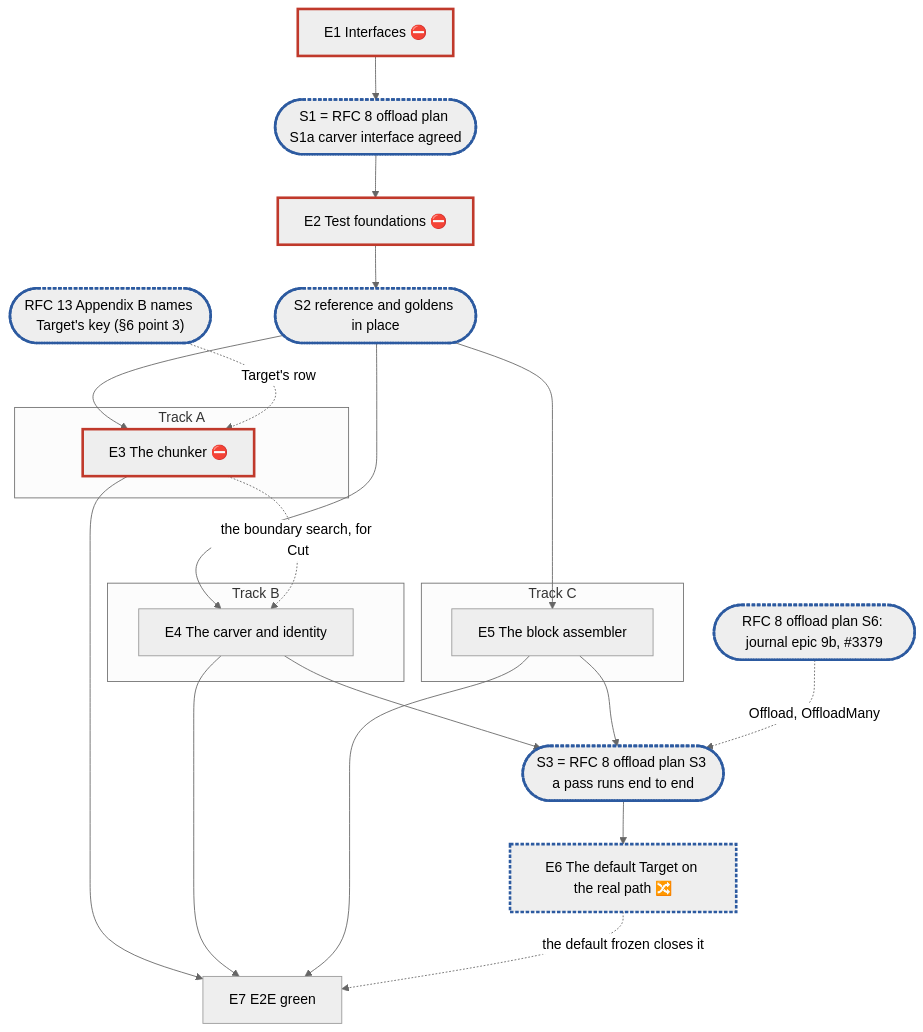
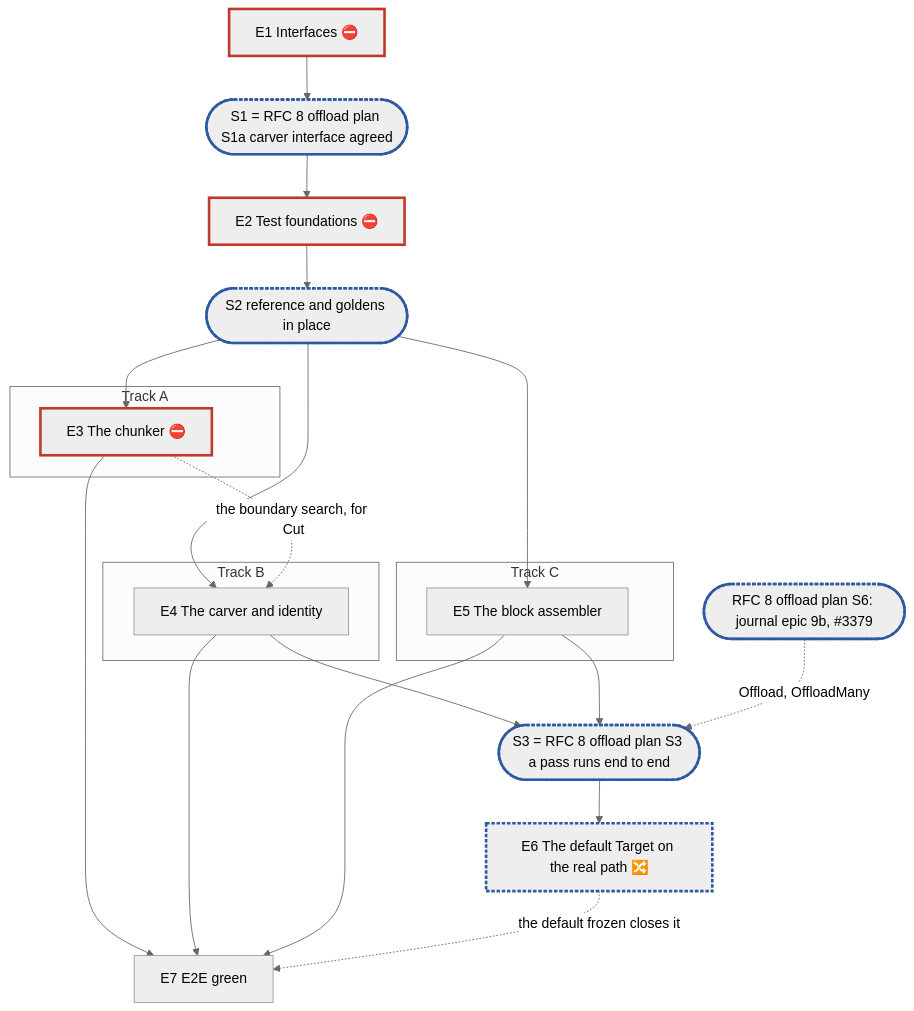
Before and after one commit to cubbit/dittofs: the diagram in .planning/rfc-2-carver-plan.md, drawn with Mermaid (neutral theme). The commit also changed other lines of this file, not shown here.

Commit message:
docs(planning): RFC 2 plan follows the cross-plan rulings on Target, the block target and T17

````diff
--- a/.planning/rfc-2-carver-plan.md
+++ b/.planning/rfc-2-carver-plan.md
@@ -276,24 +275,23 @@
 ```mermaid
 flowchart TD
   E1["E1 Interfaces ⛔"]:::blocker --> S1(["S1 = RFC 8 offload plan S1a carver interface agreed"]):::sync
   S1 --> E2["E2 Test foundations ⛔"]:::blocker --> S2(["S2 reference and goldens in place"]):::sync
   subgraph A["Track A"]
     E3["E3 The chunker ⛔"]:::blocker
   end
   subgraph B["Track B"]
     E4["E4 The carver and identity"]
   end
   subgraph C["Track C"]
     E5["E5 The block assembler"]
   end
   S2 --> E3 & E4 & E5
-  X2(["RFC 13 Appendix B names Target's key (§6 point 3)"]):::sync -. "Target's row" .-> E3
   E3 -. "the boundary search, for Cut" .-> E4
   E4 & E5 --> S3(["S3 = RFC 8 offload plan S3 a pass runs end to end"]):::sync
   X6(["RFC 8 offload plan S6: journal epic 9b, #3379"]):::sync -. "Offload, OffloadMany" .-> S3
   S3 --> E6["E6 The default Target on the real path 🔀"]:::sync
   E3 & E4 & E5 --> E7["E7 E2E green"]
   E6 -. "the default frozen closes it" .-> E7
   classDef blocker stroke:#c0392b,stroke-width:3px
   classDef sync stroke:#2c5aa0,stroke-width:3px,stroke-dasharray:4 2
 ```
````
